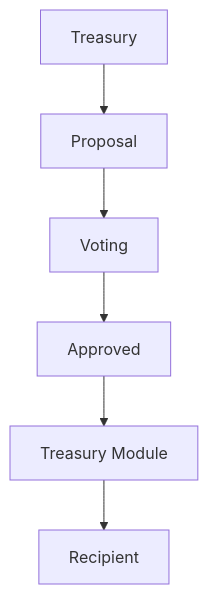
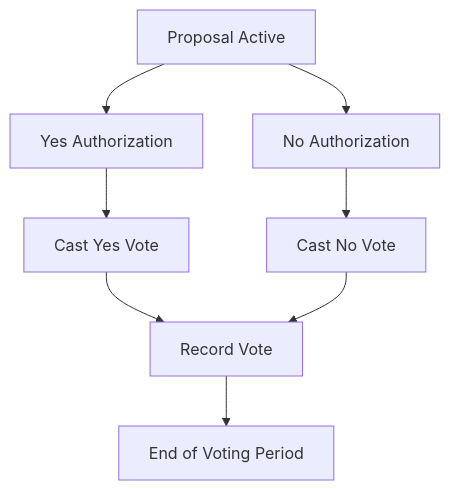
One commit to LaborCoinCreator/LaborCoin changed the fourth of 6 diagrams in docs/governance-flow.md. Above: the diagram before and after it, drawn with Mermaid. The commit also changed other lines of this file, not shown here.

````diff
--- a/docs/governance-flow.md
+++ b/docs/governance-flow.md
@@ -3,18 +299,18 @@
 ```mermaid
-graph TD
+flowchart TD
+    Active[Proposal Active]
+    YesAuth[Yes Authorization]
+    NoAuth[No Authorization]
+    VoteYes[Cast Yes Vote]
+    VoteNo[Cast No Vote]
+    Record[Record Vote]
+    End[End of Voting Period]
 
-Treasury
---> Proposal[Proposal]
-
-Proposal
---> Voting[Voting]
-
-Voting
---> Approved[Approved]
-
-Approved
---> TreasuryModule[Treasury Module]
-
-TreasuryModule
---> Recipient[Recipient]
+    Active --> YesAuth
+    Active --> NoAuth
+    YesAuth --> VoteYes
+    NoAuth --> VoteNo
+    VoteYes --> Record
+    VoteNo --> Record
+    Record --> End
 ```
````
